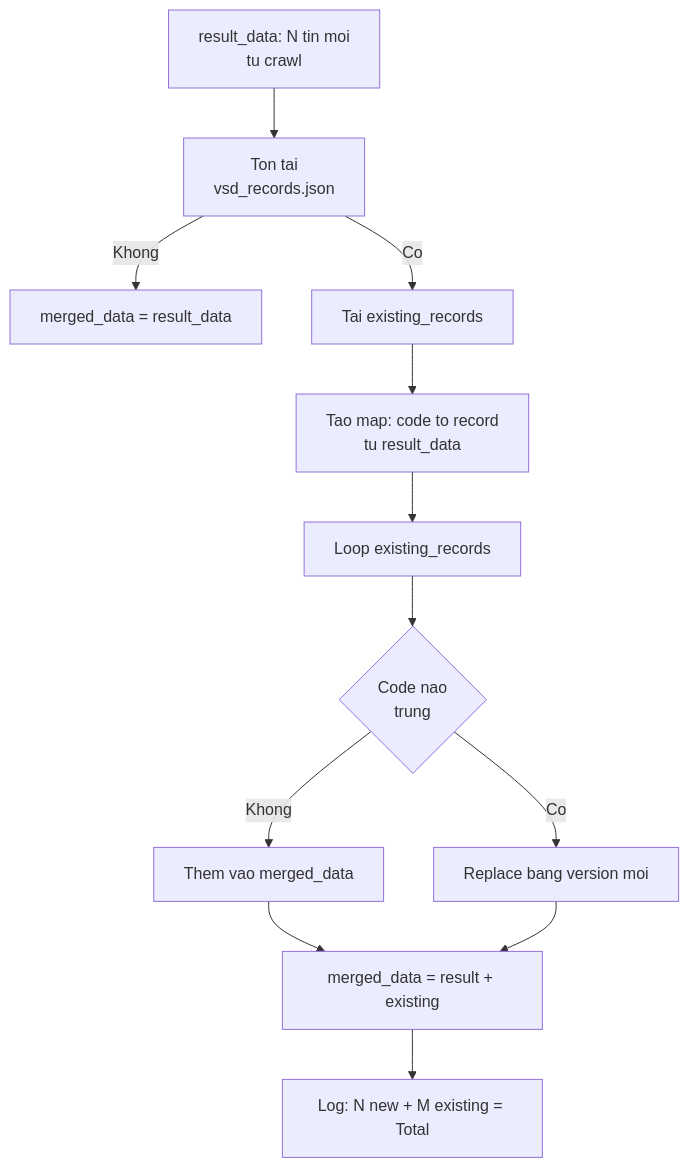
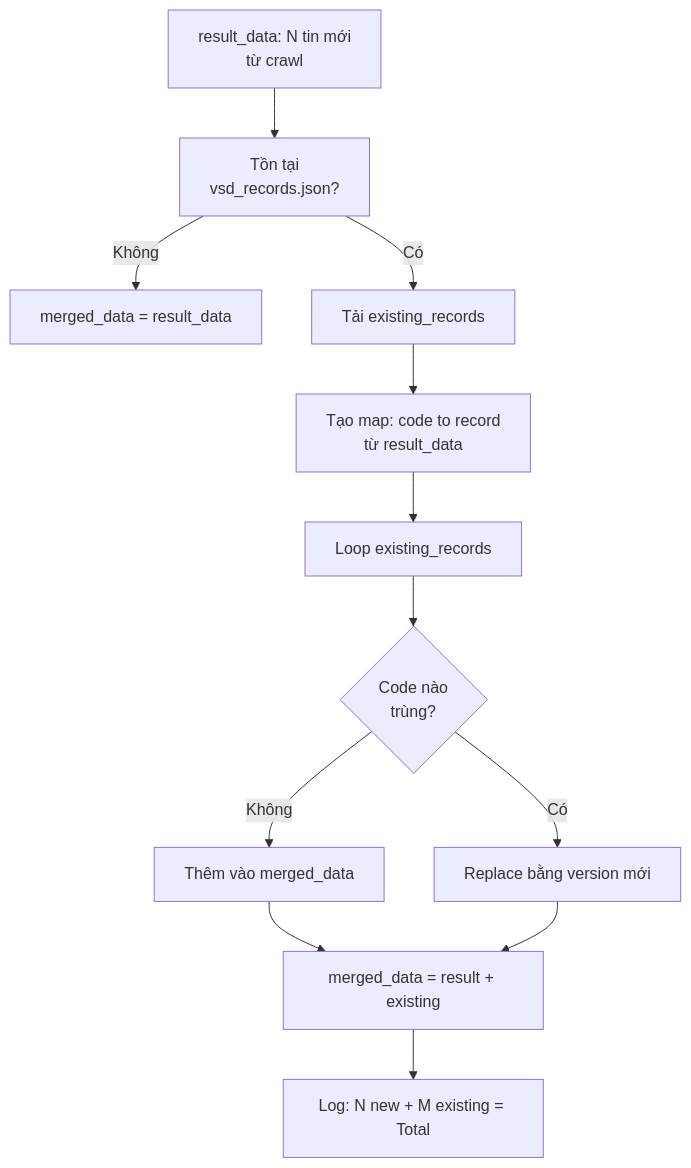
One commit to doanhieu1986/vps-automation-vhck changed the fifth of 5 diagrams in FETCH_VSD_LOGIC.md. Above: the diagram before and after it, drawn with Mermaid. The commit also changed other lines of this file, not shown here.

Commit message:
update fetch_vsd_logic

````diff
--- a/FETCH_VSD_LOGIC.md
+++ b/FETCH_VSD_LOGIC.md
@@ -194,20 +196,20 @@
 ```mermaid
 flowchart TD
-    A[result_data: N tin moi<br/>tu crawl] --> B[Ton tai<br/>vsd_records.json]
-    B -->|Khong| C[merged_data = result_data]
-    B -->|Co| D[Tai existing_records]
+    A["result_data: N tin mới<br/>từ crawl"] --> B["Tồn tại<br/>vsd_records.json?"]
+    B -->|Không| C["merged_data = result_data"]
+    B -->|Có| D["Tải existing_records"]
     
-    D --> E[Tao map: code to record<br/>tu result_data]
+    D --> E["Tạo map: code to record<br/>từ result_data"]
     
-    E --> F[Loop existing_records]
+    E --> F["Loop existing_records"]
     
-    F --> G{Code nao<br/>trung}
+    F --> G{"Code nào<br/>trùng?"}
     
-    G -->|Khong| H[Them vao merged_data]
-    G -->|Co| I[Replace bang version moi]
+    G -->|Không| H["Thêm vào merged_data"]
+    G -->|Có| I["Replace bằng version mới"]
     
-    H --> J[merged_data = result + existing]
+    H --> J["merged_data = result + existing"]
     I --> J
     
-    J --> K[Log: N new + M existing = Total]
+    J --> K["Log: N new + M existing = Total"]
 ```
````
